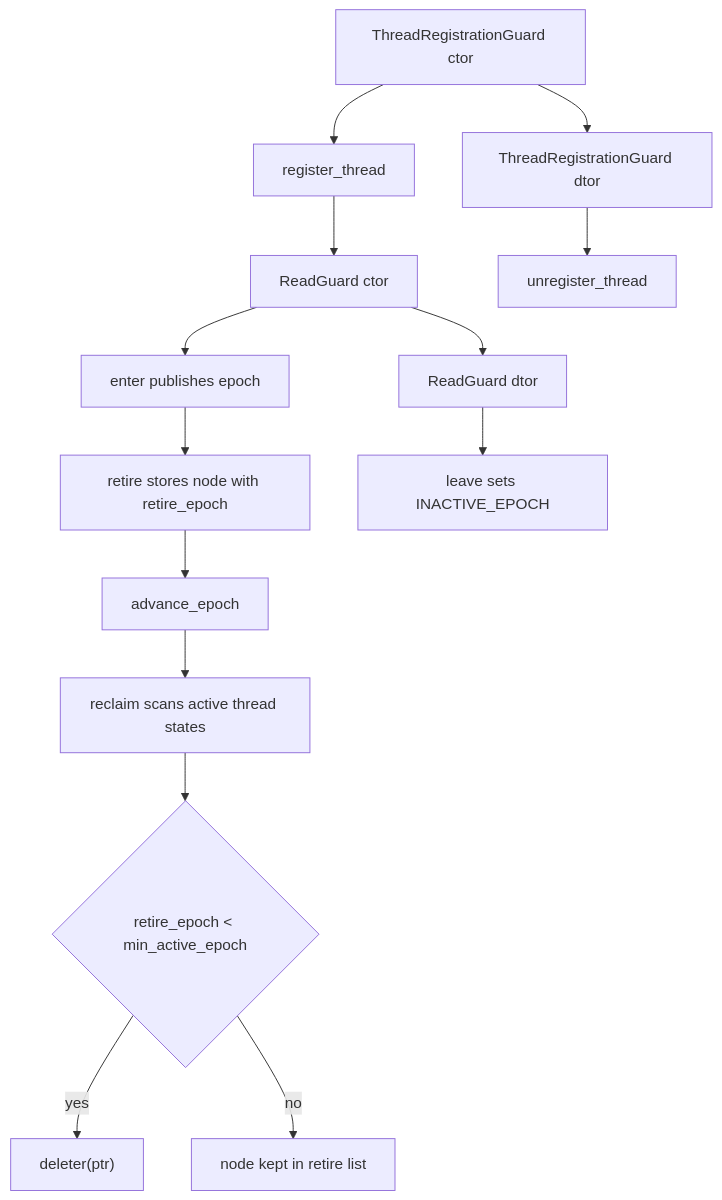
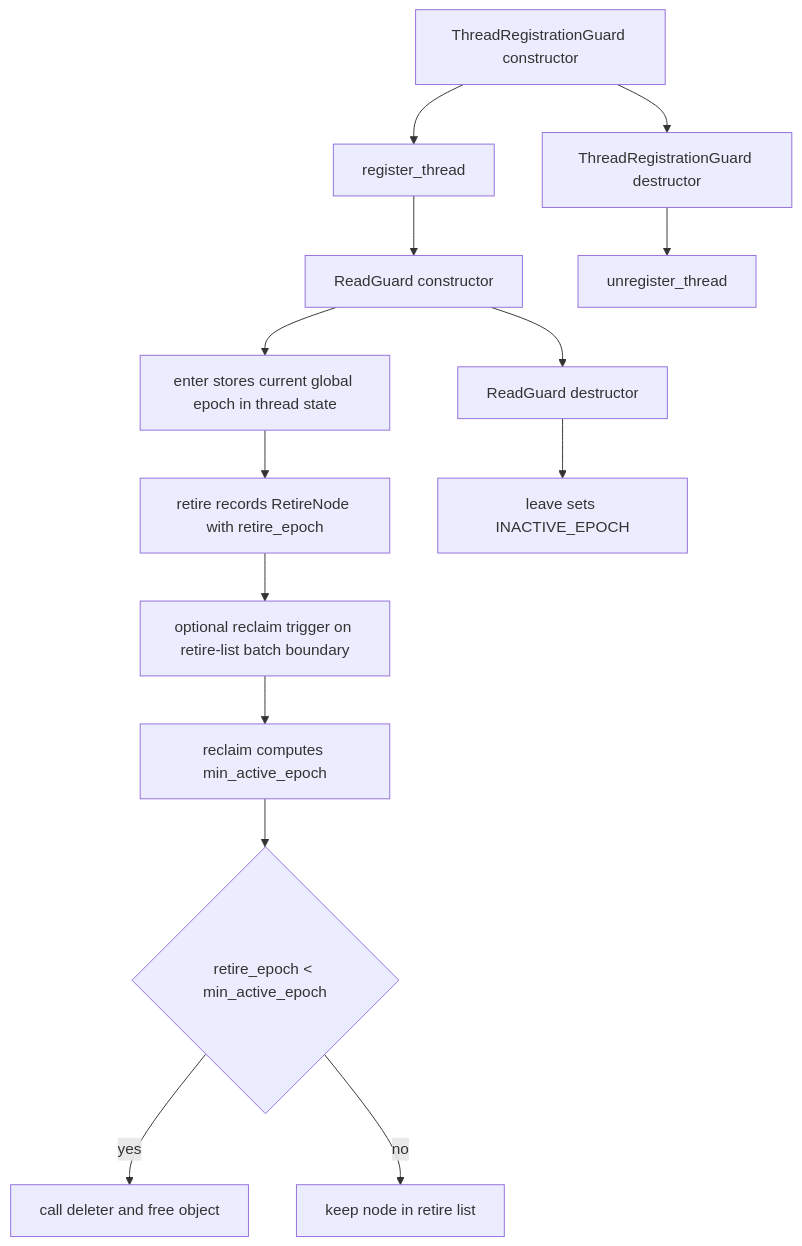
Before and after one commit to ankitkr-04/strata-db: the first of 3 diagrams in docs/architecture/01-epoch-reclamation.md, drawn with Mermaid. The commit also changed other lines of this file and 2 other files, not shown here.

Commit message:
Enhance EpochManager: refactor thread registration to return expected result, update related methods, and improve error handling for thread limit exceeded

````diff
--- a/docs/architecture/01-epoch-reclamation.md
+++ b/docs/architecture/01-epoch-reclamation.md
@@ -47,16 +54,16 @@
 ```mermaid
 flowchart TD
-    A[ThreadRegistrationGuard ctor] --> B[register_thread]
-    B --> C[ReadGuard ctor]
-    C --> D[enter publishes epoch]
-    D --> E[retire stores node with retire_epoch]
-    E --> F[advance_epoch]
-    F --> G[reclaim scans active thread states]
-    G --> H{retire_epoch < min_active_epoch}
-    H -- yes --> I["deleter(ptr)"]
-    H -- no --> J[node kept in retire list]
-    C --> K[ReadGuard dtor]
+    A[ThreadRegistrationGuard constructor] --> B[register_thread]
+    B --> C[ReadGuard constructor]
+    C --> D[enter stores current global epoch in thread state]
+    D --> E[retire records RetireNode with retire_epoch]
+    E --> F[optional reclaim trigger on retire-list batch boundary]
+    F --> G[reclaim computes min_active_epoch]
+    G --> H{"retire_epoch < min_active_epoch"}
+    H -- yes --> I[call deleter and free object]
+    H -- no --> J[keep node in retire list]
+    C --> K[ReadGuard destructor]
     K --> L[leave sets INACTIVE_EPOCH]
-    A --> M[ThreadRegistrationGuard dtor]
+    A --> M[ThreadRegistrationGuard destructor]
     M --> N[unregister_thread]
 ```
````
